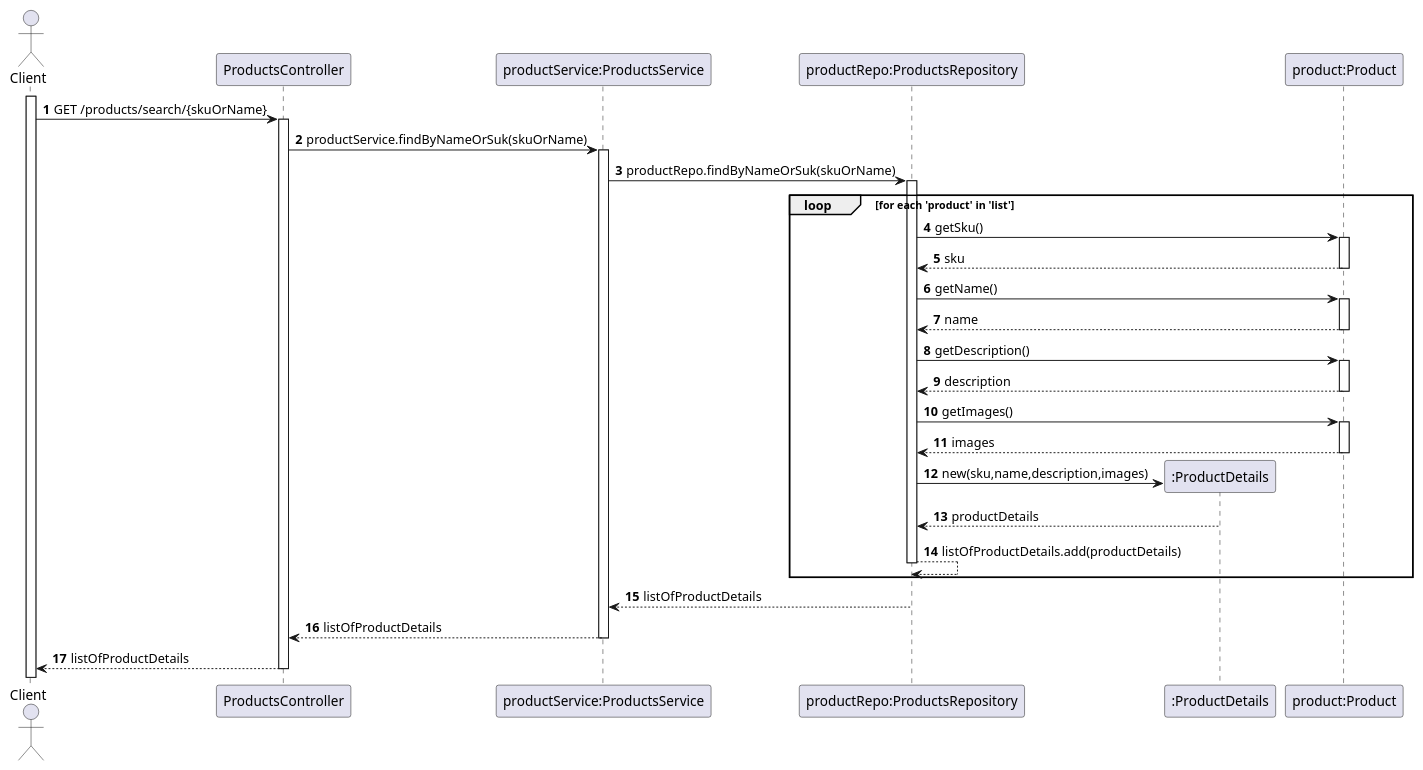
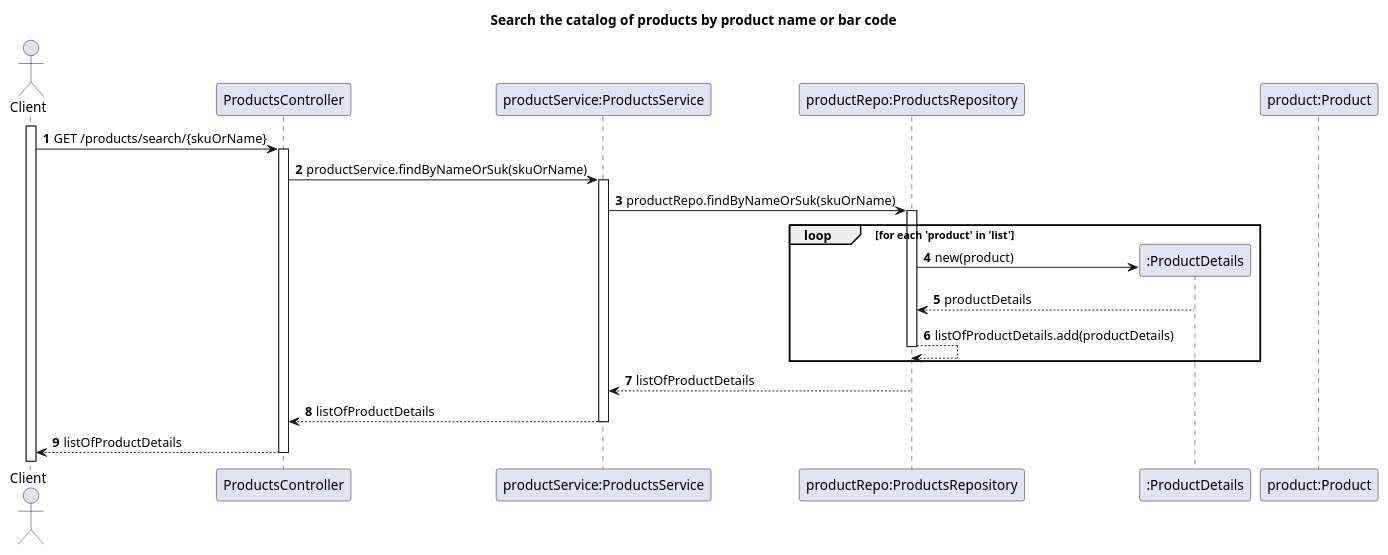
The diagram in Docs/US03-SD.puml (TiagoNora/SIDIS-Docs), drawn with PlantUML before and after one commit. The commit also changed 3 other files, not shown here.

```diff
--- a/Docs/US03-SD.puml
+++ b/Docs/US03-SD.puml
@@ -1,39 +1,31 @@
 @startuml
 'https://plantuml.com/sequence-diagram
 
-
+title Search the catalog of products by product name or bar code
 autoactivate on
 autonumber
 
 actor "Client" as client
 participant "ProductsController" as controller
 participant "productService:ProductsService" as service
 participant "productRepo:ProductsRepository" as repository
 participant ":ProductDetails" as details
 participant "product:Product" as product
 
 activate client
 
 client -> controller: GET /products/search/{skuOrName}
 controller -> service : productService.findByNameOrSuk(skuOrName)
 service -> repository: productRepo.findByNameOrSuk(skuOrName)
 
 loop for each 'product' in 'list'
-    repository -> product: getSku()
-    product --> repository: sku
-    repository -> product: getName()
-    product --> repository: name
-    repository -> product: getDescription()
-    product --> repository: description
-    repository -> product: getImages()
-    product --> repository: images
-    repository -> details**: new(sku,name,description,images)
+    repository -> details**: new(product)
     details --> repository: productDetails
     repository --> repository: listOfProductDetails.add(productDetails)
 end loop
 repository --> service: listOfProductDetails
 service --> controller: listOfProductDetails
 controller --> client: listOfProductDetails
 
 
 @enduml
```
